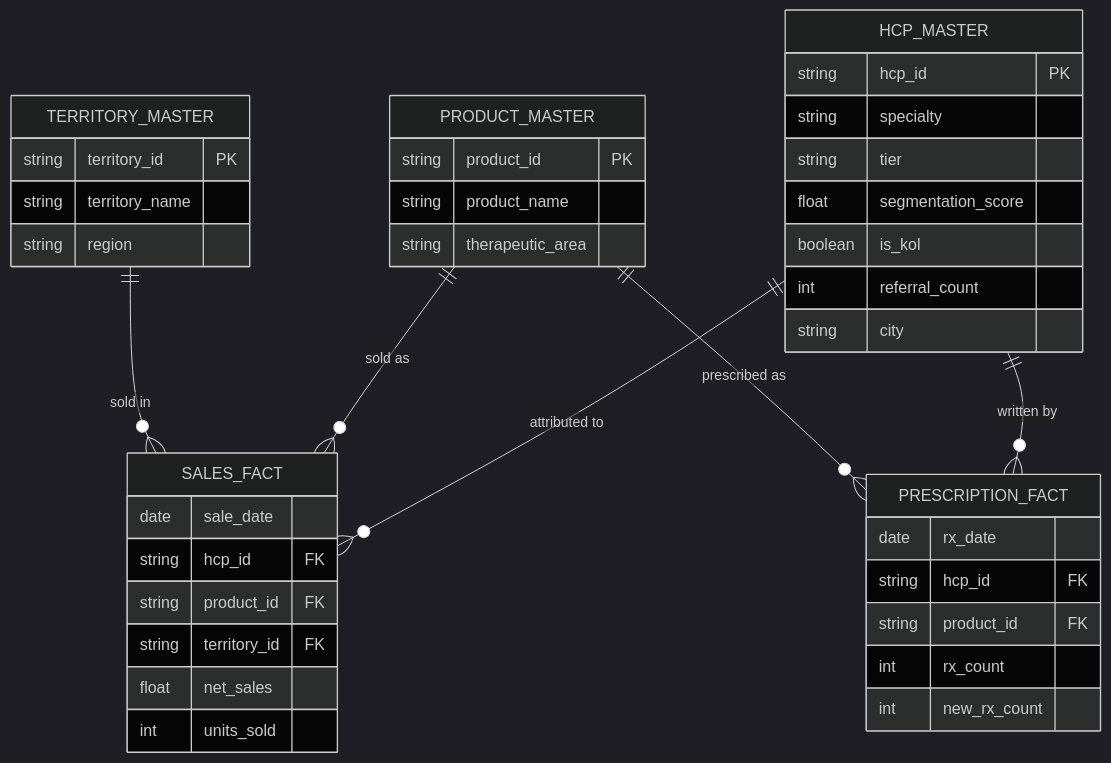
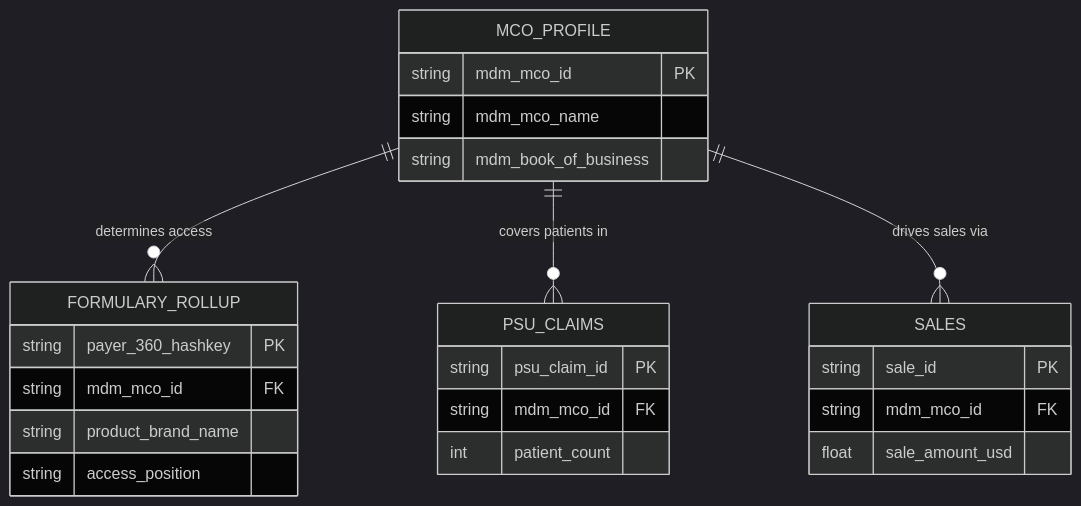
Before and after one commit to vakrahul/Pluse-AI: the third of 3 diagrams in README.md, drawn with Mermaid (dark theme). The commit also changed other lines of this file and 564 other files, not shown here.

````diff
--- a/README.md
+++ b/README.md
@@ -118,43 +124,28 @@
 ```mermaid
 erDiagram
-    HCP_MASTER {
-        string hcp_id PK
-        string specialty
-        string tier
-        float segmentation_score
-        boolean is_kol
-        int referral_count
-        string city
+    MCO_PROFILE {
+        string mdm_mco_id PK
+        string mdm_mco_name
+        string mdm_book_of_business
     }
-    PRODUCT_MASTER {
-        string product_id PK
-        string product_name
-        string therapeutic_area
+    FORMULARY_ROLLUP {
+        string payer_360_hashkey PK
+        string mdm_mco_id FK
+        string product_brand_name
+        string access_position
     }
-    TERRITORY_MASTER {
-        string territory_id PK
-        string territory_name
-        string region
+    PSU_CLAIMS {
+        string psu_claim_id PK
+        string mdm_mco_id FK
+        int patient_count
     }
-    SALES_FACT {
-        date sale_date
-        string hcp_id FK
-        string product_id FK
-        string territory_id FK
-        float net_sales
-        int units_sold
-    }
-    PRESCRIPTION_FACT {
-        date rx_date
-        string hcp_id FK
-        string product_id FK
-        int rx_count
-        int new_rx_count
+    SALES {
+        string sale_id PK
+        string mdm_mco_id FK
+        float sale_amount_usd
     }
 
-    HCP_MASTER ||--o{ SALES_FACT : "attributed to"
-    HCP_MASTER ||--o{ PRESCRIPTION_FACT : "written by"
-    PRODUCT_MASTER ||--o{ SALES_FACT : "sold as"
-    PRODUCT_MASTER ||--o{ PRESCRIPTION_FACT : "prescribed as"
-    TERRITORY_MASTER ||--o{ SALES_FACT : "sold in"
+    MCO_PROFILE ||--o{ FORMULARY_ROLLUP : "determines access"
+    MCO_PROFILE ||--o{ PSU_CLAIMS : "covers patients in"
+    MCO_PROFILE ||--o{ SALES : "drives sales via"
 ```
````
